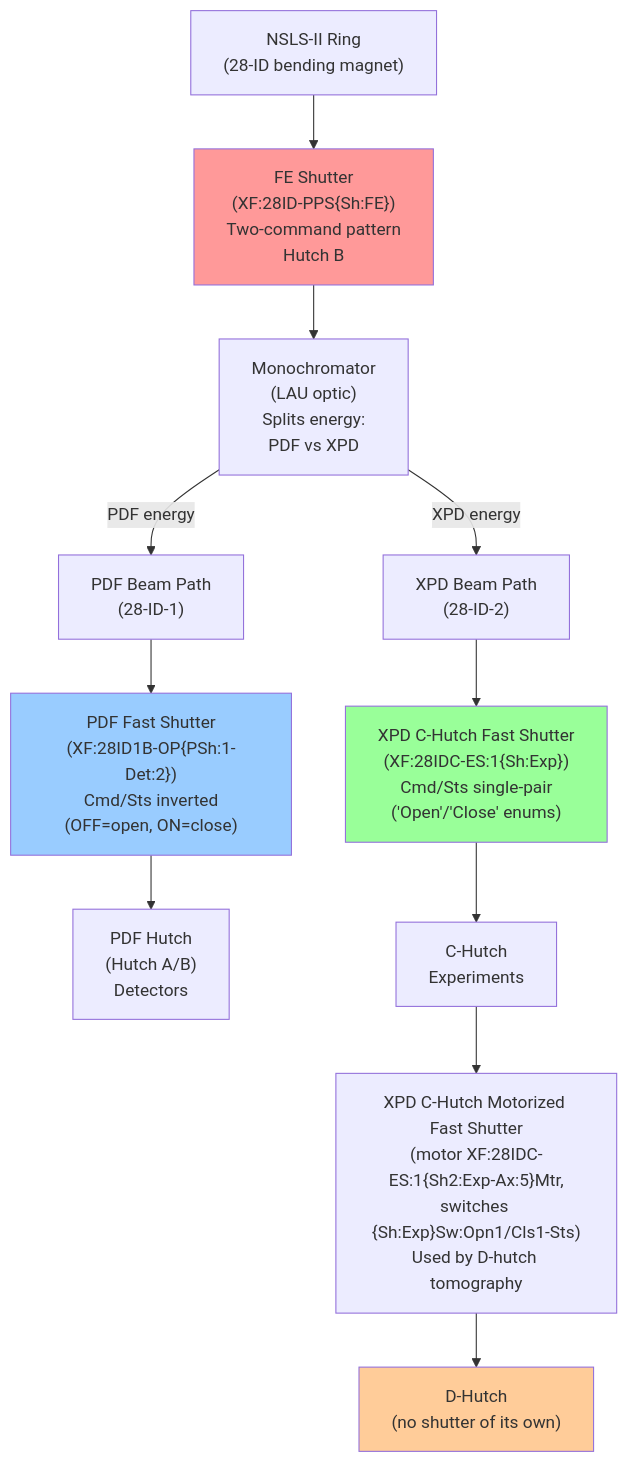
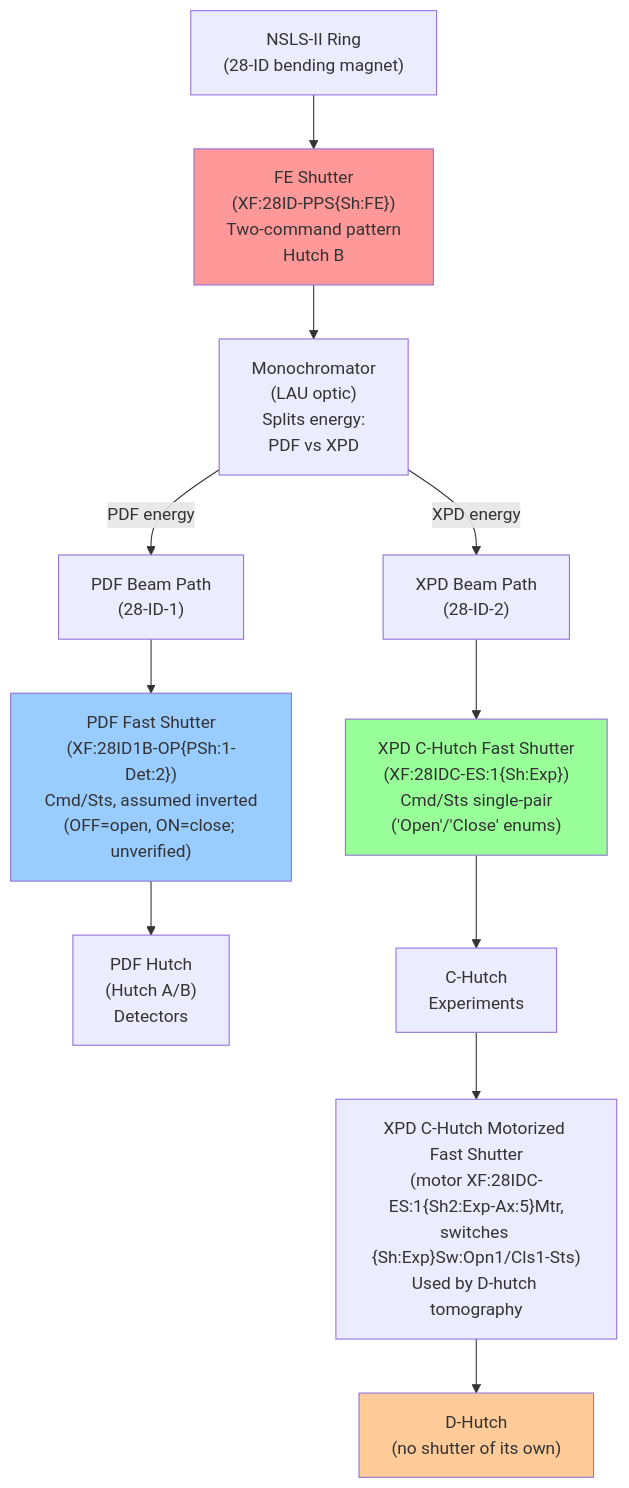
The diagram in SHUTTER_SYSTEM_ARCHITECTURE.md (NSLS2/xpd-tools), drawn with Mermaid before and after one commit. The commit also changed other lines of this file and 4 other files, not shown here.

````diff
--- a/SHUTTER_SYSTEM_ARCHITECTURE.md
+++ b/SHUTTER_SYSTEM_ARCHITECTURE.md
@@ -16,35 +16,35 @@
 ```mermaid
 graph TD
     Ring["NSLS-II Ring<br/>(28-ID bending magnet)"]
     FE["FE Shutter<br/>(XF:28ID-PPS{Sh:FE})<br/>Two-command pattern<br/>Hutch B"]
     Mono["Monochromator<br/>(LAU optic)<br/>Splits energy:<br/>PDF vs XPD"]
     
     PDFPath["PDF Beam Path<br/>(28-ID-1)"]
-    PDFFastSh["PDF Fast Shutter<br/>(XF:28ID1B-OP{PSh:1-Det:2})<br/>Cmd/Sts inverted<br/>(OFF=open, ON=close)"]
+    PDFFastSh["PDF Fast Shutter<br/>(XF:28ID1B-OP{PSh:1-Det:2})<br/>Cmd/Sts, assumed inverted<br/>(OFF=open, ON=close; unverified)"]
     PDFHutch["PDF Hutch<br/>(Hutch A/B)<br/>Detectors"]
     
     XPDPath["XPD Beam Path<br/>(28-ID-2)"]
     XPDCHutchSh["XPD C-Hutch Fast Shutter<br/>(XF:28IDC-ES:1{Sh:Exp})<br/>Cmd/Sts single-pair<br/>('Open'/'Close' enums)"]
     CHutch["C-Hutch<br/>Experiments"]
     MotorSh["XPD C-Hutch Motorized Fast Shutter<br/>(motor XF:28IDC-ES:1{Sh2:Exp-Ax:5}Mtr,<br/>switches {Sh:Exp}Sw:Opn1/Cls1-Sts)<br/>Used by D-hutch tomography"]
     DHutch["D-Hutch<br/>(no shutter of its own)"]
     
     Ring --> FE
     FE --> Mono
     
     Mono -->|PDF energy| PDFPath
     Mono -->|XPD energy| XPDPath
     
     PDFPath --> PDFFastSh
     PDFFastSh --> PDFHutch
     
     XPDPath --> XPDCHutchSh
     XPDCHutchSh --> CHutch
     CHutch --> MotorSh
     MotorSh --> DHutch
     
     style FE fill:#ff9999
     style PDFFastSh fill:#99ccff
     style XPDCHutchSh fill:#99ff99
     style DHutch fill:#ffcc99
 ```
````
